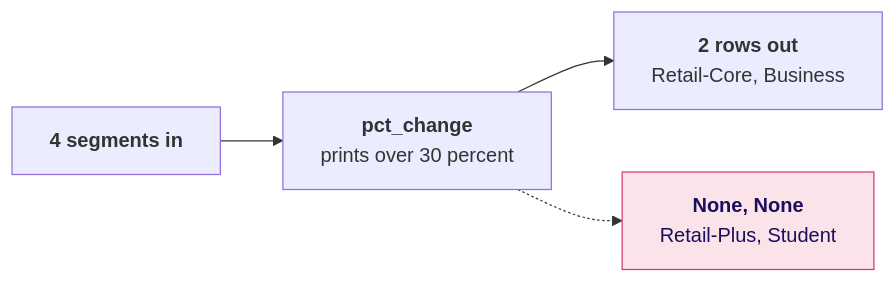
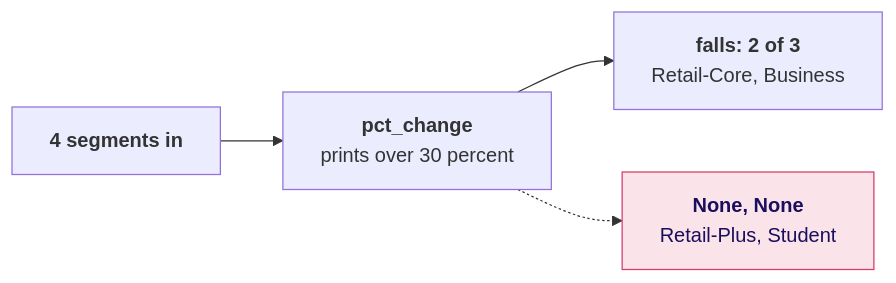
The fifth of 6 diagrams in content/W01/D2/whiteboards/C2_W01_D02_board_work_STUDENT.md (fde-academy-lab/c2-content-factory), drawn with Mermaid before and after one commit. The commit also changed other lines of this file and 9 other files, not shown here.

````diff
--- a/content/W01/D2/whiteboards/C2_W01_D02_board_work_STUDENT.md
+++ b/content/W01/D2/whiteboards/C2_W01_D02_board_work_STUDENT.md
@@ -123,8 +123,8 @@
 ```mermaid
 flowchart LR
     S["<b>4 segments in</b>"] --> H["<b>pct_change</b><br/>prints over 30 percent"]
-    H --> K["<b>2 rows out</b><br/>Retail-Core, Business"]
+    H --> K["<b>falls: 2 of 3</b><br/>Retail-Core, Business"]
     H -.-> N["<b>None, None</b><br/>Retail-Plus, Student"]
     classDef bad fill:#FBE3EA,stroke:#D63A6A,color:#1A0F5C
     class N bad
 ```
````
